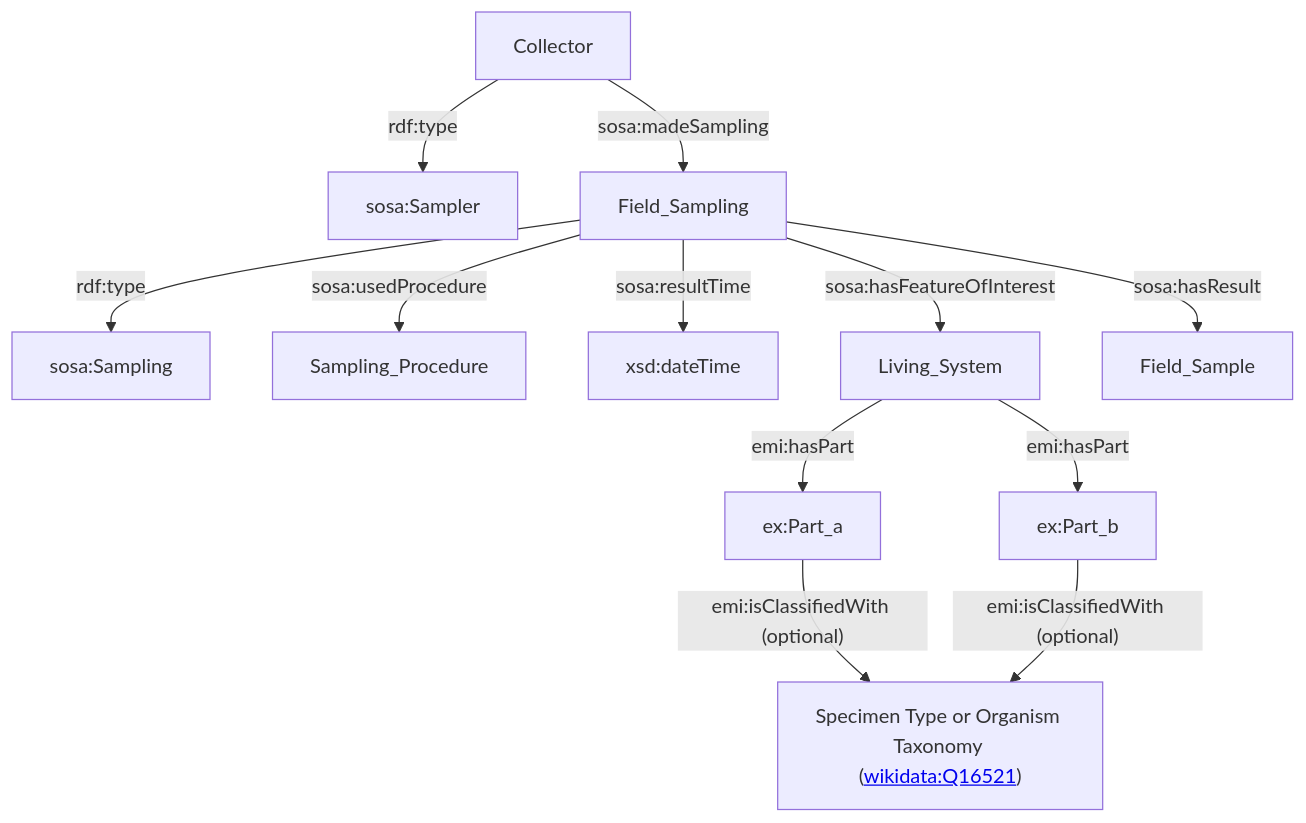
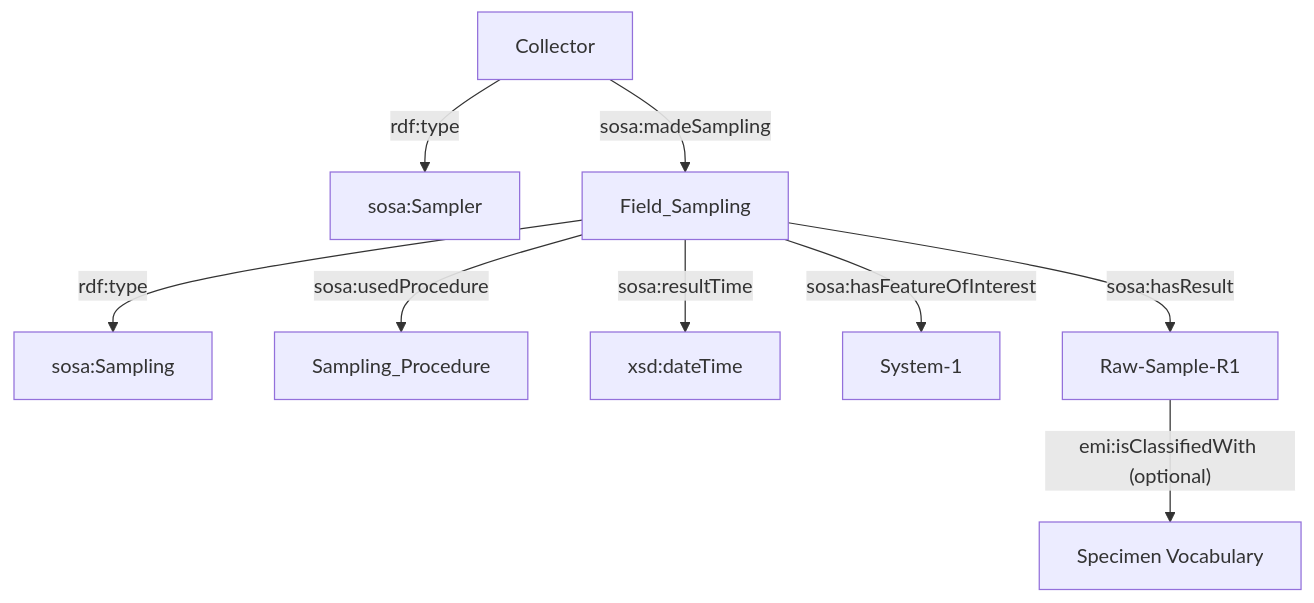
Before and after one commit to digital-botanical-gardens-initiative/earth_metabolome_ontology: the fourth of 7 diagrams in README.md, drawn with Mermaid. The commit also changed other lines of this file, not shown here.

````diff
--- a/README.md
+++ b/README.md
@@ -103,15 +105,12 @@
 ```mermaid
 graph TD
 
 		Collector -->|rdf:type|sosa:Sampler
 		Collector -->|sosa:madeSampling|Field_Sampling["Field_Sampling"]
     Field_Sampling -->|rdf:type|sosa:Sampling["sosa:Sampling"]
     Field_Sampling -->|sosa:usedProcedure|Sampling_Procedure["Sampling_Procedure"]
     Field_Sampling -->|sosa:resultTime|xsd:dateTime
-    Field_Sampling -->|"sosa:hasFeatureOfInterest"|Living_System["Living_System"]
-    Field_Sampling -->|sosa:hasResult|Field_Sample["Field_Sample"]
-    Living_System -->|emi:hasPart|o_a["ex:Part_a"]
-    Living_System -->|emi:hasPart|o_b["ex:Part_b"]
-    o_a -->|"emi:isClassifiedWith (optional)"|w2["Specimen Vocabulary or Organism Taxonomy (<a href=http://www.wikidata.org/entity/Q16521>wikidata:Q16521</a>)"]
-    o_b -->|"emi:isClassifiedWith (optional)"|w2["Specimen Type or Organism Taxonomy (<a href=http://www.wikidata.org/entity/Q16521>wikidata:Q16521</a>)"]
+    Field_Sampling -->|"sosa:hasFeatureOfInterest"|System["System-1"]
+    Field_Sampling -->|sosa:hasResult|Field_Sample["Raw-Sample-R1"]
+    Field_Sample -->|"emi:isClassifiedWith (optional)"|w2["Specimen Vocabulary"]
 ```
````
